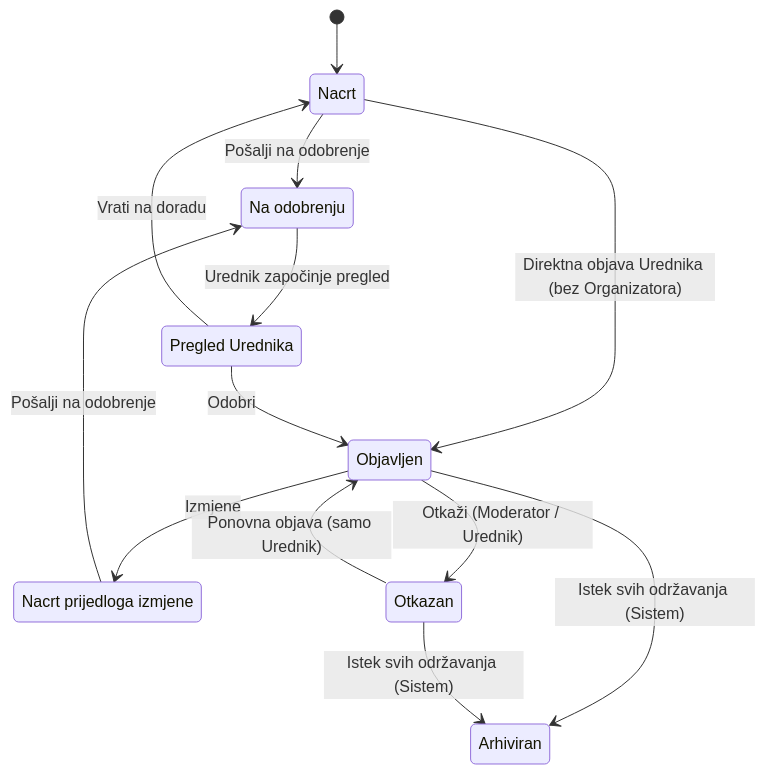
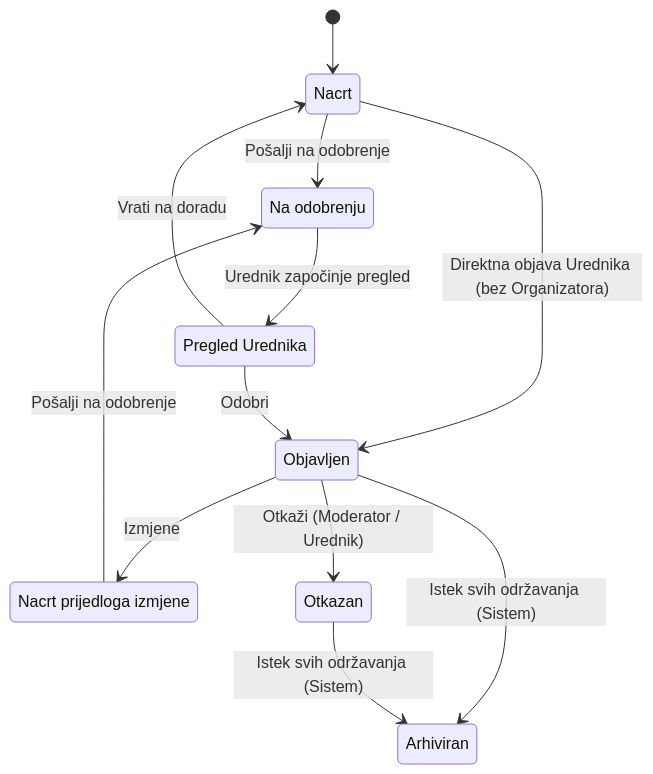
One commit to GoranOpK/digital.kotor.me changed the second of 5 diagrams in docs/technical-specifications/Technical-Specification_Dogadjaj.md. Above: the diagram before and after it, drawn with Mermaid. The commit also changed other lines of this file and 4 other files, not shown here.

````diff
--- a/docs/technical-specifications/Technical-Specification_Dogadjaj.md
+++ b/docs/technical-specifications/Technical-Specification_Dogadjaj.md
@@ -355,23 +373,22 @@
 ```mermaid
 stateDiagram-v2
   [*] --> Nacrt
 
   Nacrt --> Na_odobrenju : Pošalji na odobrenje
   Nacrt --> Objavljen : Direktna objava Urednika (bez Organizatora)
 
   Na_odobrenju --> Pregled_Urednika : Urednik započinje pregled
   Pregled_Urednika --> Objavljen : Odobri
   Pregled_Urednika --> Nacrt : Vrati na doradu
 
   Objavljen --> Nacrt_prijedloga_izmjene : Izmjene
   Nacrt_prijedloga_izmjene --> Na_odobrenju : Pošalji na odobrenje
 
   Objavljen --> Otkazan : Otkaži (Moderator / Urednik)
-  Otkazan --> Objavljen : Ponovna objava (samo Urednik)
   Objavljen --> Arhiviran : Istek svih održavanja (Sistem)
   Otkazan --> Arhiviran : Istek svih održavanja (Sistem)
 
   state "Na odobrenju" as Na_odobrenju
   state "Pregled Urednika" as Pregled_Urednika
   state "Nacrt prijedloga izmjene" as Nacrt_prijedloga_izmjene
 ```
````
